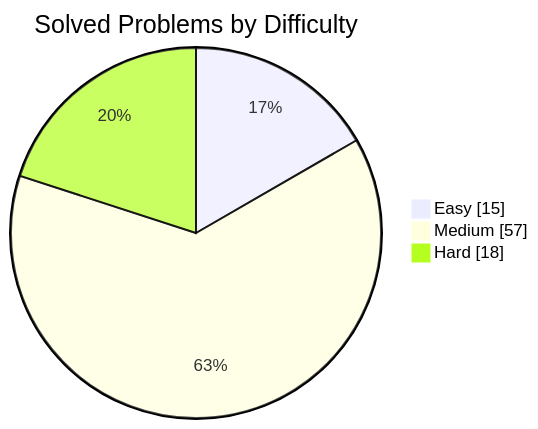
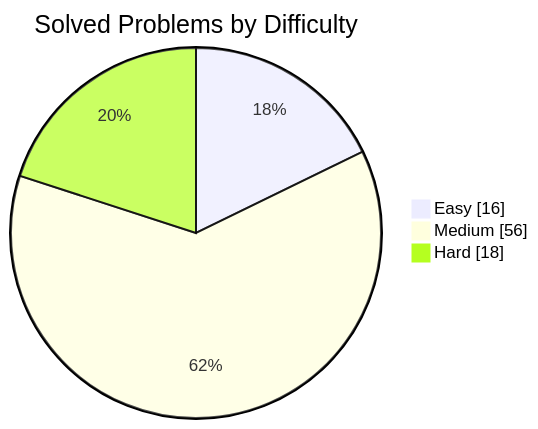
One commit to manikantbindass/DSA-Preparation-FAANG changed the first of 2 diagrams in README.md. Above: the diagram before and after it, drawn with Mermaid. The commit also changed other lines of this file and 9 other files, not shown here.

````diff
--- a/README.md
+++ b/README.md
@@ -38,7 +38,7 @@
 ```mermaid
 pie showData
     title Solved Problems by Difficulty
-    "Easy" : 15
-    "Medium" : 57
+    "Easy" : 16
+    "Medium" : 56
     "Hard" : 18
 ```
````
